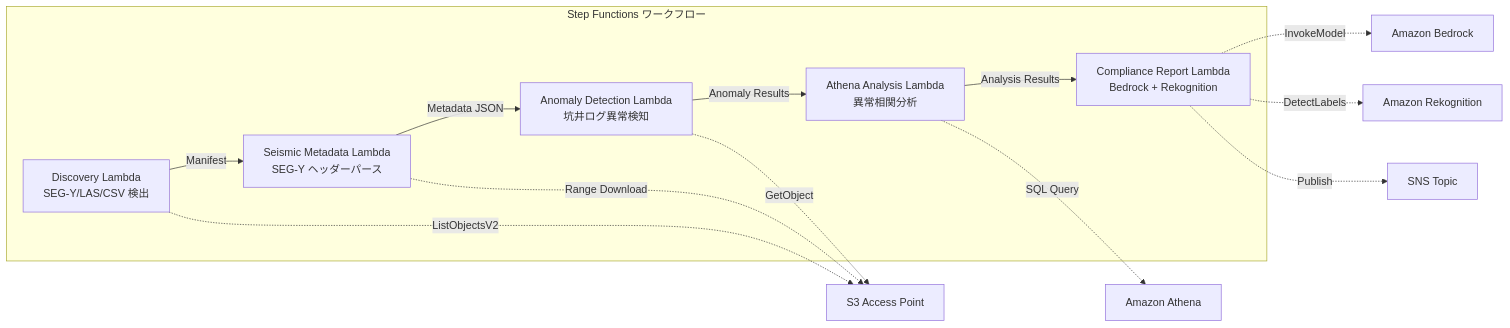
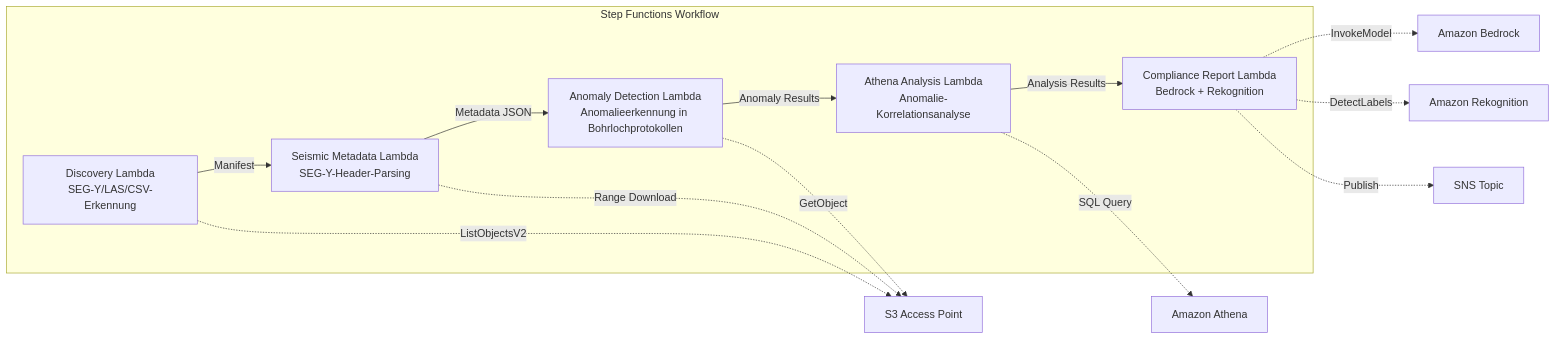
One commit to Yoshiki0705/FSx-for-ONTAP-S3AccessPoints-Serverless-Patterns changed the diagram in solutions/industry/energy-seismic/README.de.md. Above: the diagram before and after it, drawn with Mermaid. The commit also changed other lines of this file and 20 other files, not shown here.

````diff
--- a/solutions/industry/energy-seismic/README.de.md
+++ b/solutions/industry/energy-seismic/README.de.md
@@ -28,23 +56,23 @@
 ```mermaid
 graph LR
-    subgraph "Step Functions ワークフロー"
-        D[Discovery Lambda<br/>SEG-Y/LAS/CSV 検出]
-        SM[Seismic Metadata Lambda<br/>SEG-Y ヘッダーパース]
-        AD[Anomaly Detection Lambda<br/>坑井ログ異常検知]
-        ATH[Athena Analysis Lambda<br/>異常相関分析]
+    subgraph "Step Functions Workflow"
+        D[Discovery Lambda<br/>SEG-Y/LAS/CSV-Erkennung]
+        SM[Seismic Metadata Lambda<br/>SEG-Y-Header-Parsing]
+        AD[Anomaly Detection Lambda<br/>Anomalieerkennung in Bohrlochprotokollen]
+        ATH[Athena Analysis Lambda<br/>Anomalie-Korrelationsanalyse]
         CR[Compliance Report Lambda<br/>Bedrock + Rekognition]
     end
 
     D -->|Manifest| SM
     SM -->|Metadata JSON| AD
     AD -->|Anomaly Results| ATH
     ATH -->|Analysis Results| CR
 
     D -.->|ListObjectsV2| S3AP[S3 Access Point]
     SM -.->|Range Download| S3AP
     AD -.->|GetObject| S3AP
     ATH -.->|SQL Query| Athena[Amazon Athena]
     CR -.->|InvokeModel| Bedrock[Amazon Bedrock]
     CR -.->|DetectLabels| Rekog[Amazon Rekognition]
     CR -.->|Publish| SNS[SNS Topic]
 ```
````
